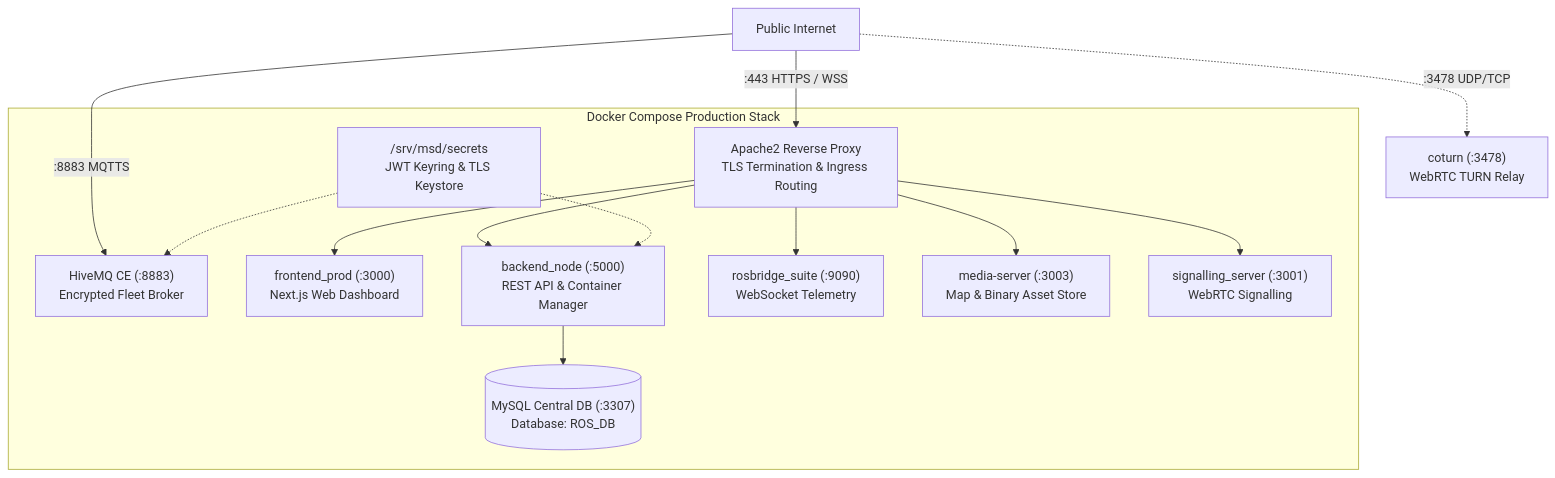
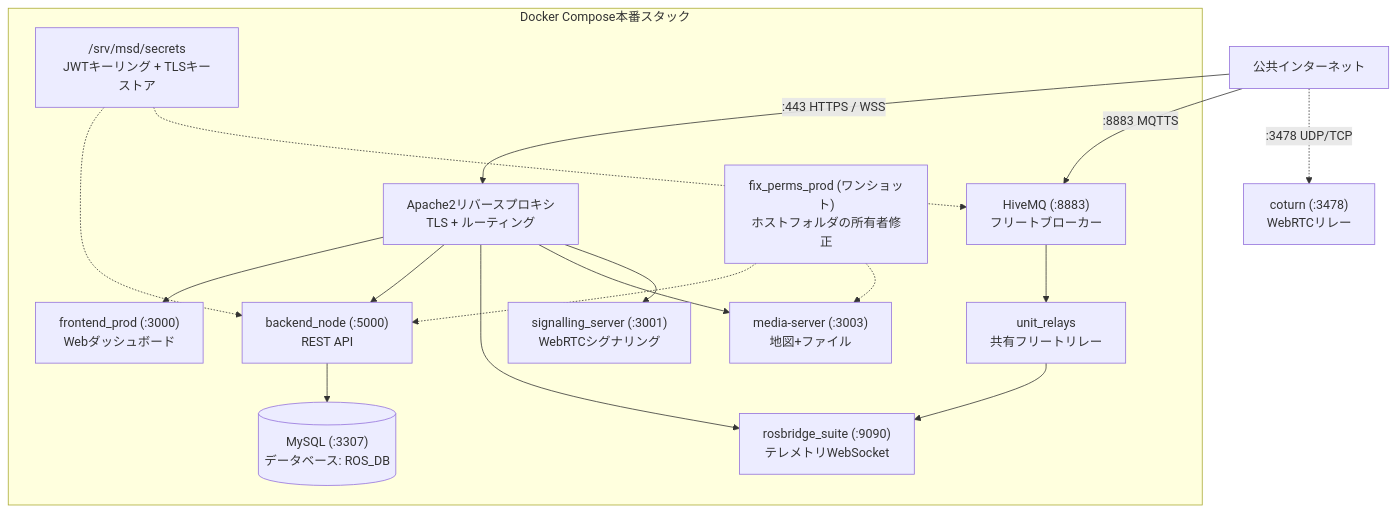
Before and after one commit to itbdelaboprogramming/msd700_documentation: the first of 2 diagrams in docs/ja/setup/server-setup.md, drawn with Mermaid. The commit also changed other lines of this file and 110 other files, not shown here.

````diff
--- a/docs/ja/setup/server-setup.md
+++ b/docs/ja/setup/server-setup.md
@@ -19,18 +19,23 @@
 ```mermaid
 flowchart TB
-  NET["Public Internet"] -->|":443 HTTPS / WSS"| AP["Apache2 Reverse Proxy<br/>TLS Termination & Ingress Routing"]
-  NET -->|":8883 MQTTS"| MQ["HiveMQ CE (:8883)<br/>Encrypted Fleet Broker"]
-  NET -.->|":3478 UDP/TCP"| TURN["coturn (:3478)<br/>WebRTC TURN Relay"]
+  NET["公共インターネット"] -->|":443 HTTPS / WSS"| AP["Apache2リバースプロキシ<br/>TLS + ルーティング"]
+  NET -->|":8883 MQTTS"| MQ["HiveMQ (:8883)<br/>フリートブローカー"]
+  NET -.->|":3478 UDP/TCP"| TURN["coturn (:3478)<br/>WebRTCリレー"]
 
-  subgraph DockerServices["Docker Compose Production Stack"]
-    AP --> FE["frontend_prod (:3000)<br/>Next.js Web Dashboard"]
-    AP --> BE["backend_node (:5000)<br/>REST API & Container Manager"]
-    AP --> RB["rosbridge_suite (:9090)<br/>WebSocket Telemetry"]
-    AP --> MED["media-server (:3003)<br/>Map & Binary Asset Store"]
-    AP --> SIG["signalling_server (:3001)<br/>WebRTC Signalling"]
-    BE --> DB[("MySQL Central DB (:3307)<br/>Database: ROS_DB")]
-    SEC["/srv/msd/secrets<br/>JWT Keyring & TLS Keystore"]
+  subgraph DockerServices["Docker Compose本番スタック"]
+    AP --> FE["frontend_prod (:3000)<br/>Webダッシュボード"]
+    AP --> BE["backend_node (:5000)<br/>REST API"]
+    AP --> RB["rosbridge_suite (:9090)<br/>テレメトリWebSocket"]
+    AP --> MED["media-server (:3003)<br/>地図+ファイル"]
+    AP --> SIG["signalling_server (:3001)<br/>WebRTCシグナリング"]
+    MQ --> FR["unit_relays<br/>共有フリートリレー"]
+    FR --> RB
+    BE --> DB[("MySQL (:3307)<br/>データベース: ROS_DB")]
+    SEC["/srv/msd/secrets<br/>JWTキーリング + TLSキーストア"]
     SEC -.-> BE
     SEC -.-> MQ
+    FP["fix_perms_prod (ワンショット)<br/>ホストフォルダの所有者修正"]
+    FP -.-> BE
+    FP -.-> MED
   end
 ```
````
